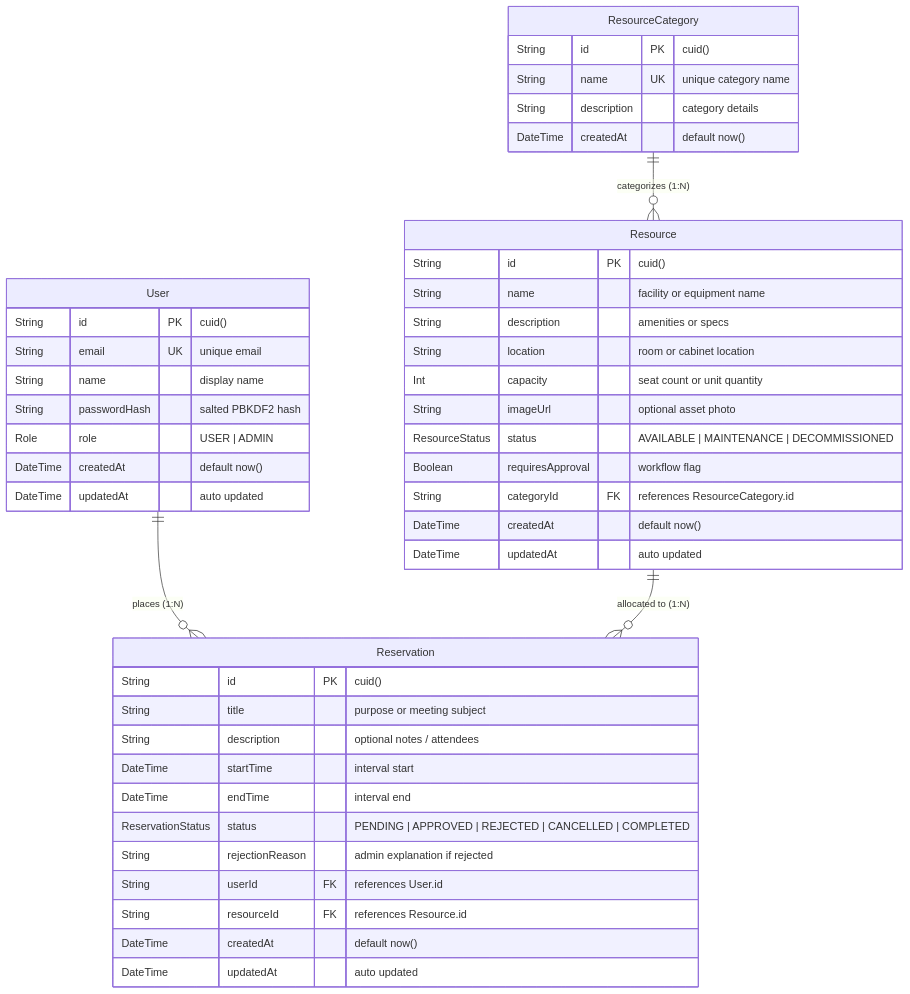
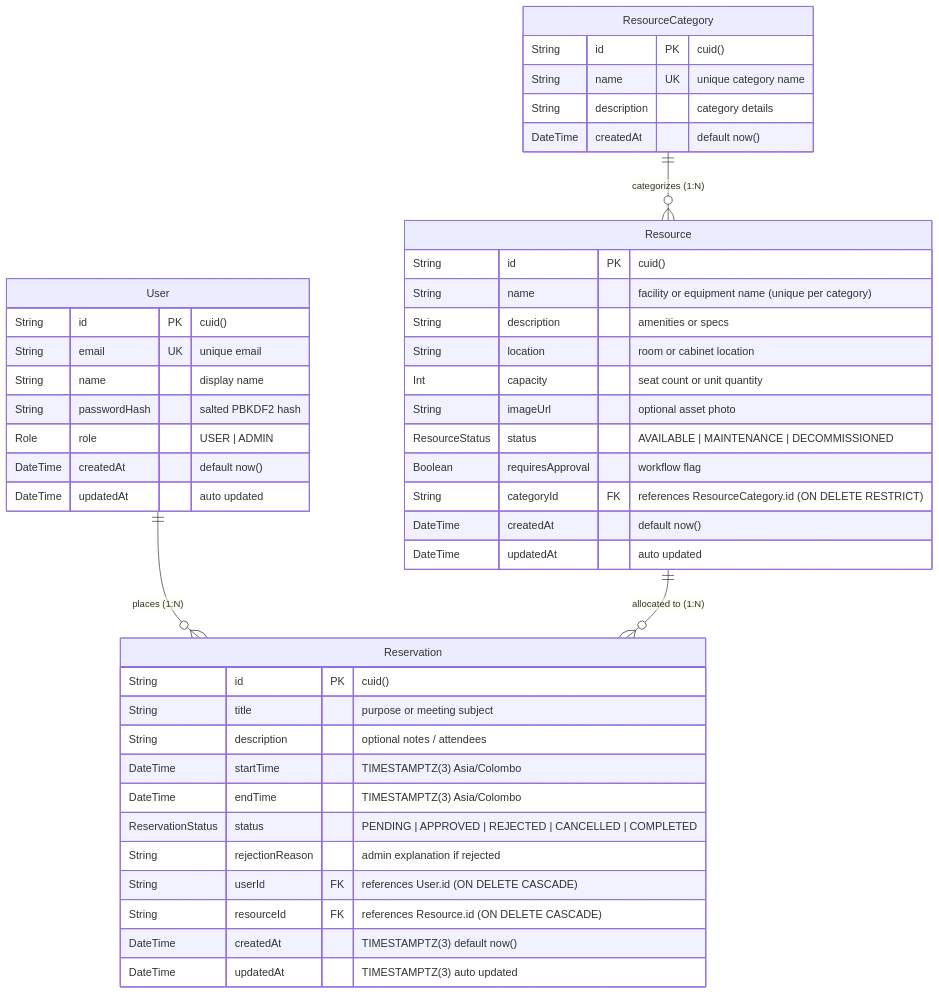
The diagram in docs/ERD.md (chanukav/resource-reservation-system), drawn with Mermaid before and after one commit. The commit also changed other lines of this file and 4 other files, not shown here.

Commit message:
docs(schema): align ER diagrams, schema constraints, and migration history (Finding 6 P1)

````diff
--- a/docs/ERD.md
+++ b/docs/ERD.md
@@ -14,50 +14,50 @@
 ```mermaid
 erDiagram
     User ||--o{ Reservation : "places (1:N)"
     User {
         String id PK "cuid()"
         String email UK "unique email"
         String name "display name"
         String passwordHash "salted PBKDF2 hash"
         Role role "USER | ADMIN"
         DateTime createdAt "default now()"
         DateTime updatedAt "auto updated"
     }
 
     ResourceCategory ||--o{ Resource : "categorizes (1:N)"
     ResourceCategory {
         String id PK "cuid()"
         String name UK "unique category name"
         String description "category details"
         DateTime createdAt "default now()"
     }
 
     Resource ||--o{ Reservation : "allocated to (1:N)"
     Resource {
         String id PK "cuid()"
-        String name "facility or equipment name"
+        String name "facility or equipment name (unique per category)"
         String description "amenities or specs"
         String location "room or cabinet location"
         Int capacity "seat count or unit quantity"
         String imageUrl "optional asset photo"
         ResourceStatus status "AVAILABLE | MAINTENANCE | DECOMMISSIONED"
         Boolean requiresApproval "workflow flag"
-        String categoryId FK "references ResourceCategory.id"
+        String categoryId FK "references ResourceCategory.id (ON DELETE RESTRICT)"
         DateTime createdAt "default now()"
         DateTime updatedAt "auto updated"
     }
 
     Reservation {
         String id PK "cuid()"
         String title "purpose or meeting subject"
         String description "optional notes / attendees"
-        DateTime startTime "interval start"
-        DateTime endTime "interval end"
+        DateTime startTime "TIMESTAMPTZ(3) Asia/Colombo"
+        DateTime endTime "TIMESTAMPTZ(3) Asia/Colombo"
         ReservationStatus status "PENDING | APPROVED | REJECTED | CANCELLED | COMPLETED"
         String rejectionReason "admin explanation if rejected"
-        String userId FK "references User.id"
-        String resourceId FK "references Resource.id"
-        DateTime createdAt "default now()"
-        DateTime updatedAt "auto updated"
+        String userId FK "references User.id (ON DELETE CASCADE)"
+        String resourceId FK "references Resource.id (ON DELETE CASCADE)"
+        DateTime createdAt "TIMESTAMPTZ(3) default now()"
+        DateTime updatedAt "TIMESTAMPTZ(3) auto updated"
     }
 ```
````
